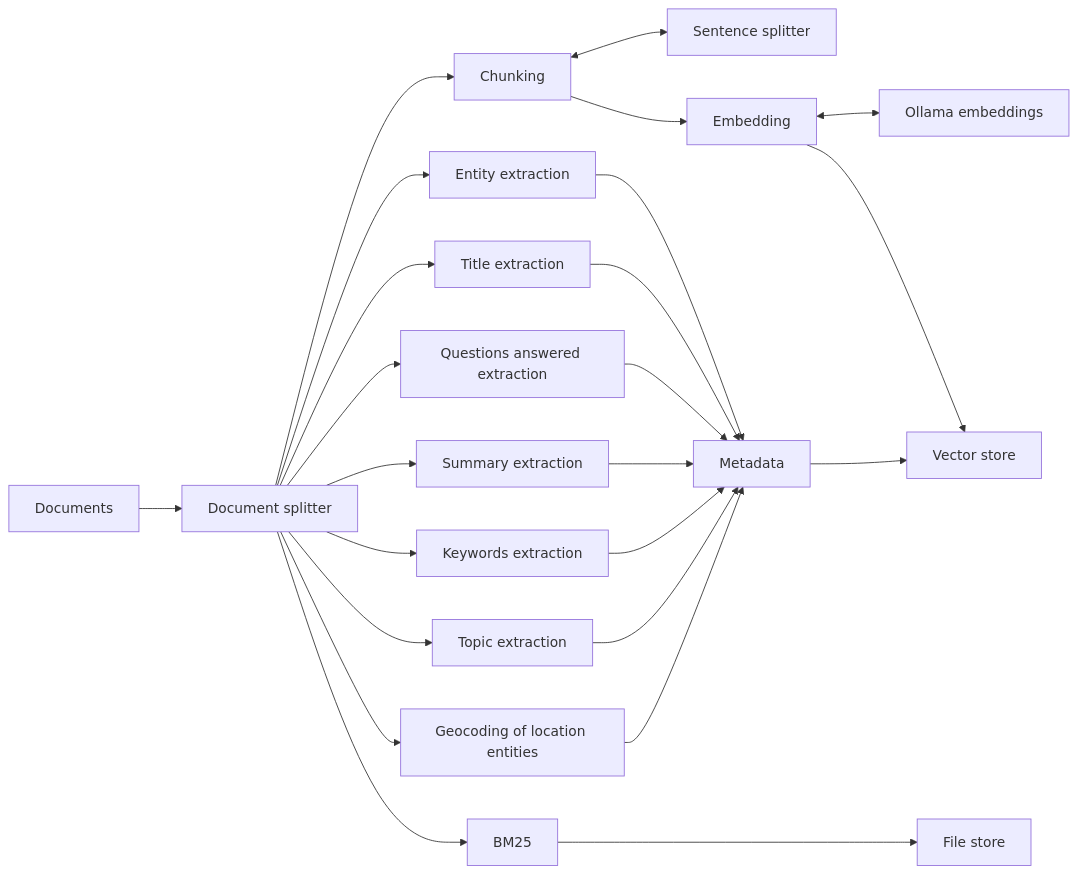
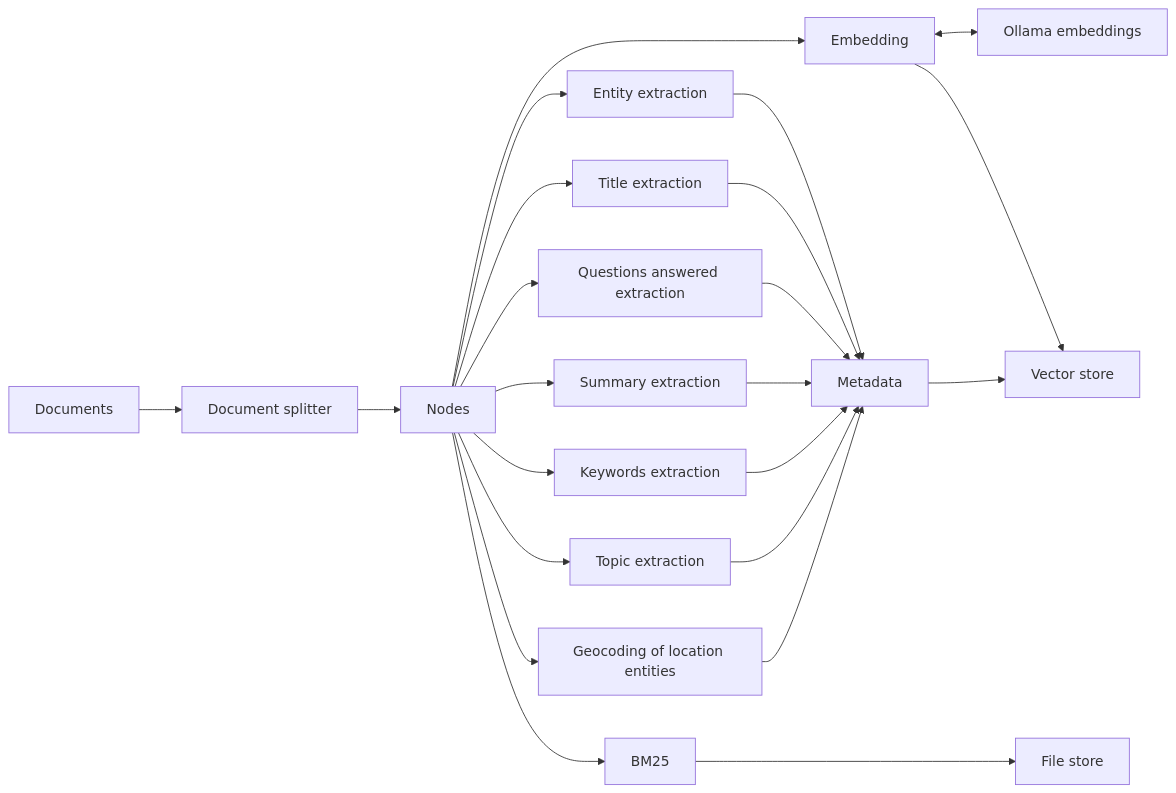
Before and after one commit to kingsdigitallab/iREAL: the second of 3 diagrams in backend/README.md, drawn with Mermaid. The commit also changed other lines of this file, not shown here.

Commit message:
docs(readme): update the indexing diagram to math the updated workflow

````diff
--- a/backend/README.md
+++ b/backend/README.md
@@ -71,26 +71,25 @@
 ```mermaid
 graph LR
     A[Documents] --> B[Document splitter]
-    B --> C[Chunking]
-    C <--> C1[Sentence splitter]
-    B --> M1[Entity extraction]
-    B --> M2[Title extraction]
-    B --> M3[Questions answered extraction]
-    B --> M4[Summary extraction]
-    B --> M5[Keywords extraction]
-    B --> M6[Topic extraction]
-    B --> M7[Geocoding of location entities]
-    C --> E[Embedding]
+    B --> N[Nodes]
+    N --> E[Embedding]
+    N --> M1[Entity extraction]
+    N --> M2[Title extraction]
+    N --> M3[Questions answered extraction]
+    N --> M4[Summary extraction]
+    N --> M5[Keywords extraction]
+    N --> M6[Topic extraction]
+    N --> M7[Geocoding of location entities]
     E <--> O[Ollama embeddings]
     M1 --> M[Metadata]
     M2 --> M
     M3 --> M
     M4 --> M
     M5 --> M
     M6 --> M
     M7 --> M
     E --> V[Vector store]
     M --> V
-    B --> BM25
+    N --> BM25
     BM25 ---> F[File store]
 ```
````
